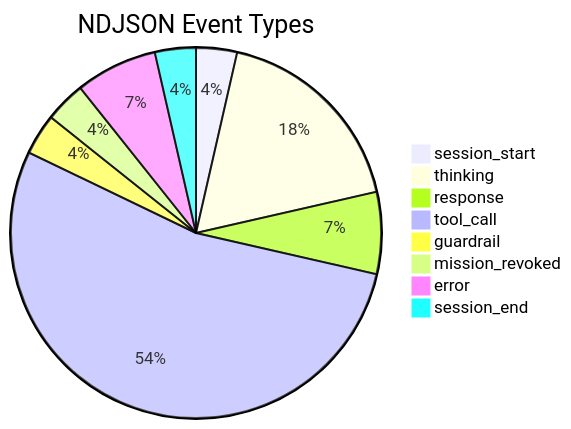
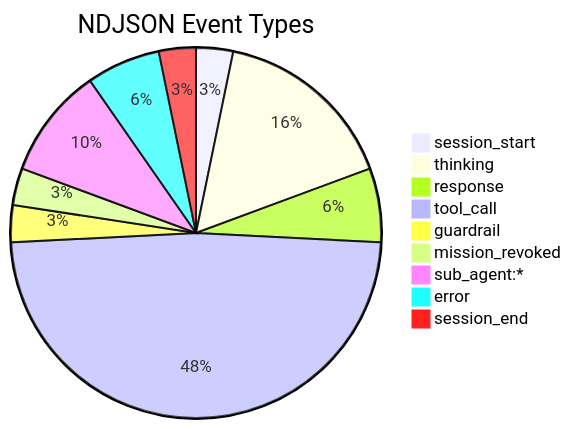
Before and after one commit to lg841226/Gradum: the sixth of 29 diagrams in docs/ARCHITECTURE.md, drawn with Mermaid. The commit also changed other lines of this file and 347 other files, not shown here.

````diff
--- a/docs/ARCHITECTURE.md
+++ b/docs/ARCHITECTURE.md
@@ -588,12 +588,13 @@
 ```mermaid
 pie
     title NDJSON Event Types
     "session_start": 1
     "thinking": 5
     "response": 2
     "tool_call": 15
     "guardrail": 1
     "mission_revoked": 1
+    "sub_agent:*": 3
     "error": 2
     "session_end": 1
 ```
````
